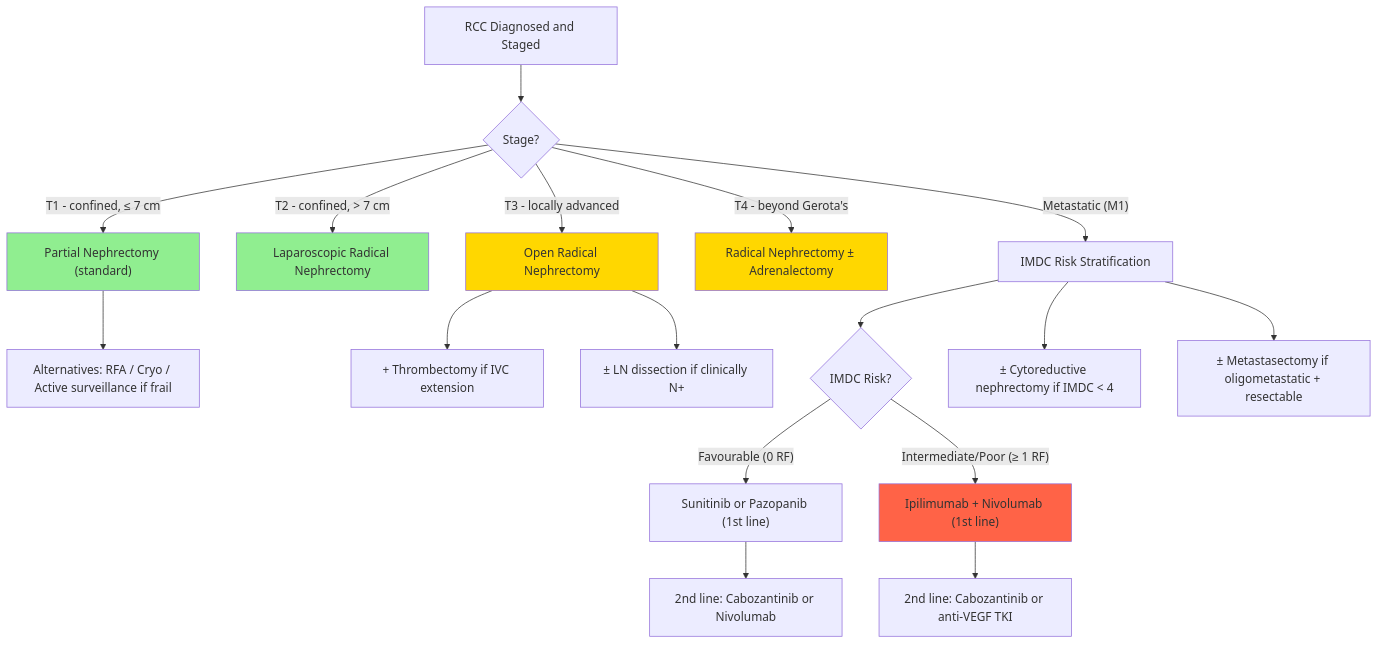
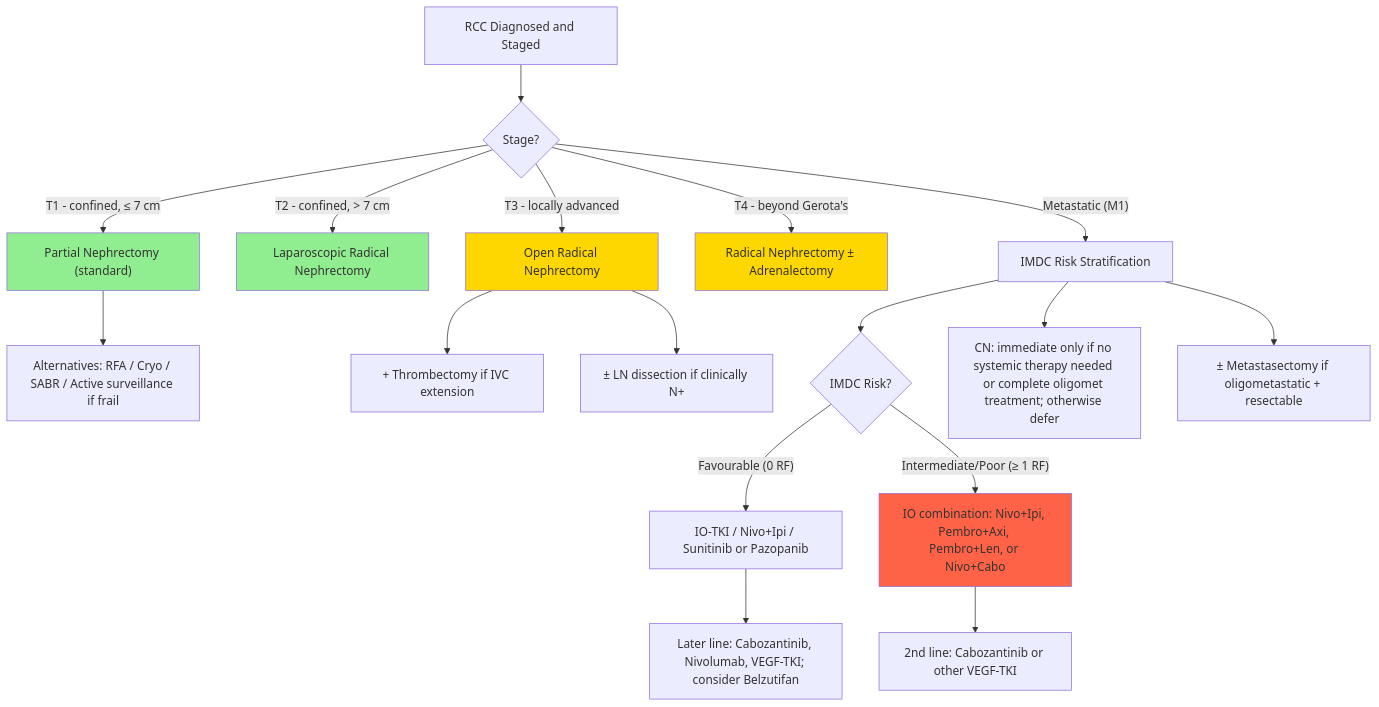
The diagram in content/fragments/general-surgery/renal-cell-carcinoma/mx.mdx (techjason/mbbspedia), drawn with Mermaid before and after one commit. The commit also changed other lines of this file and 4 other files, not shown here.

````diff
--- a/content/fragments/general-surgery/renal-cell-carcinoma/mx.mdx
+++ b/content/fragments/general-surgery/renal-cell-carcinoma/mx.mdx
@@ -20,25 +20,25 @@
 ```mermaid
 graph TD
     A["RCC Diagnosed and Staged"] --> B{"Stage?"}
     B -->|"T1 - confined, ≤ 7 cm"| C["Partial Nephrectomy (standard)"]
-    C --> C1["Alternatives: RFA / Cryo / Active surveillance if frail"]
+    C --> C1["Alternatives: RFA / Cryo / SABR / Active surveillance if frail"]
     B -->|"T2 - confined, > 7 cm"| D["Laparoscopic Radical Nephrectomy"]
     B -->|"T3 - locally advanced"| E["Open Radical Nephrectomy"]
     E --> E1["+ Thrombectomy if IVC extension"]
     E --> E2["± LN dissection if clinically N+"]
     B -->|"T4 - beyond Gerota's"| F["Radical Nephrectomy ± Adrenalectomy"]
     B -->|"Metastatic (M1)"| G["IMDC Risk Stratification"]
     G --> H{"IMDC Risk?"}
-    H -->|"Favourable (0 RF)"| I["Sunitinib or Pazopanib (1st line)"]
-    H -->|"Intermediate/Poor (≥ 1 RF)"| J["Ipilimumab + Nivolumab (1st line)"]
-    I --> K["2nd line: Cabozantinib or Nivolumab"]
-    J --> L["2nd line: Cabozantinib or anti-VEGF TKI"]
-    G --> M["± Cytoreductive nephrectomy if IMDC < 4"]
+    H -->|"Favourable (0 RF)"| I["IO-TKI / Nivo+Ipi / Sunitinib or Pazopanib"]
+    H -->|"Intermediate/Poor (≥ 1 RF)"| J["IO combination: Nivo+Ipi, Pembro+Axi, Pembro+Len, or Nivo+Cabo"]
+    I --> K["Later line: Cabozantinib, Nivolumab, VEGF-TKI; consider Belzutifan"]
+    J --> L["2nd line: Cabozantinib or other VEGF-TKI"]
+    G --> M["CN: immediate only if no systemic therapy needed or complete oligomet treatment; otherwise defer"]
     G --> N["± Metastasectomy if oligometastatic + resectable"]
     
     style C fill:#90EE90
     style D fill:#90EE90
     style E fill:#FFD700
     style F fill:#FFD700
     style J fill:#FF6347
 ```
````
